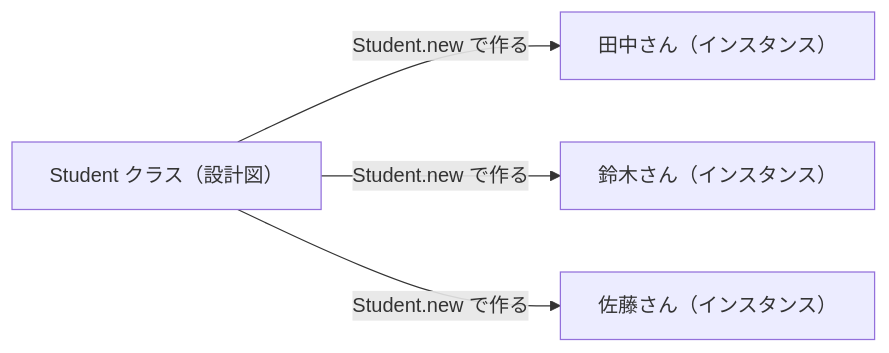
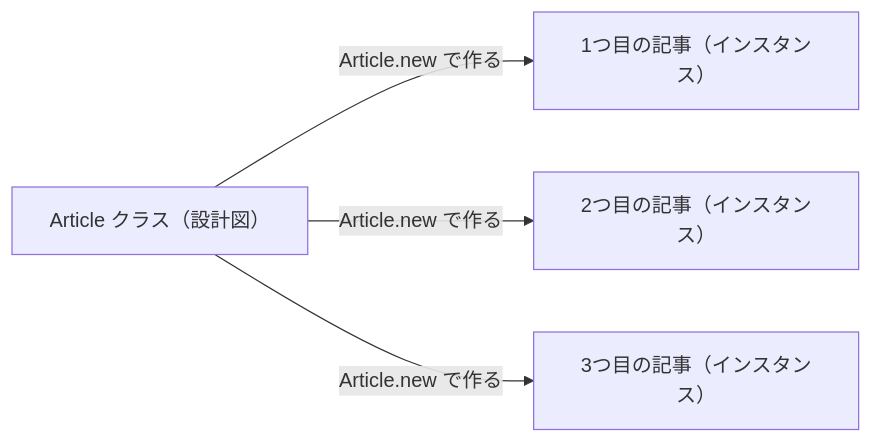
One commit to TORIFUKUKaiou/rails-dojo-year1-content changed the first of 2 diagrams in 08/orientation.md. Above: the diagram before and after it, drawn with Mermaid. The commit also changed other lines of this file, not shown here.

Commit message:
Revise week 08 orientation: step-by-step class intro with Article theme

````diff
--- a/08/orientation.md
+++ b/08/orientation.md
@@ -78,6 +74,6 @@
 ```mermaid
 flowchart LR
-  A["Student クラス（設計図）"] -- "Student.new で作る" --> B["田中さん（インスタンス）"]
-  A -- "Student.new で作る" --> C["鈴木さん（インスタンス）"]
-  A -- "Student.new で作る" --> D["佐藤さん（インスタンス）"]
+  A["Article クラス（設計図）"] -- "Article.new で作る" --> B["1つ目の記事（インスタンス）"]
+  A -- "Article.new で作る" --> C["2つ目の記事（インスタンス）"]
+  A -- "Article.new で作る" --> D["3つ目の記事（インスタンス）"]
 ```
````
